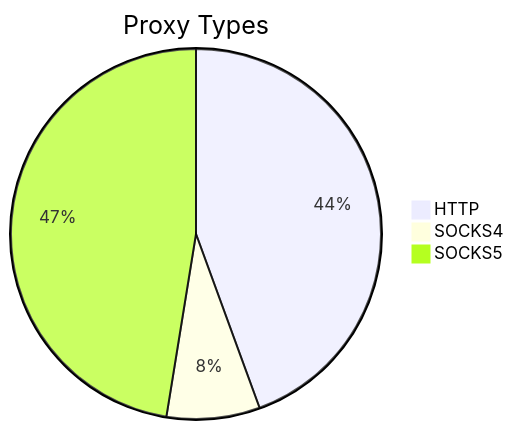
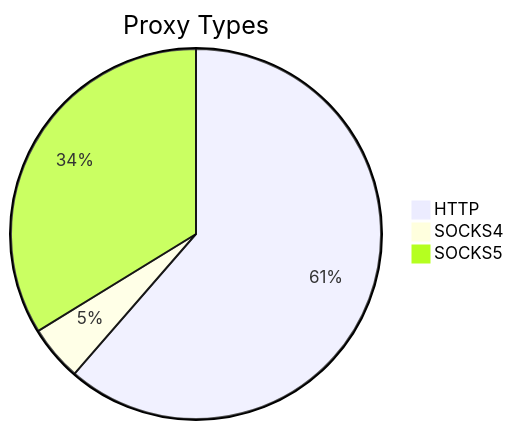
The first of 2 diagrams in README.md (stormsia/proxy-list), drawn with Mermaid before and after one commit. The commit also changed other lines of this file, not shown here.

````diff
--- a/README.md
+++ b/README.md
@@ -21,6 +21,6 @@
 ```mermaid
 pie title Proxy Types
-    "HTTP" : 677
-    "SOCKS4" : 124
-    "SOCKS5" : 723
+    "HTTP" : 520
+    "SOCKS4" : 41
+    "SOCKS5" : 286
 ```
````
